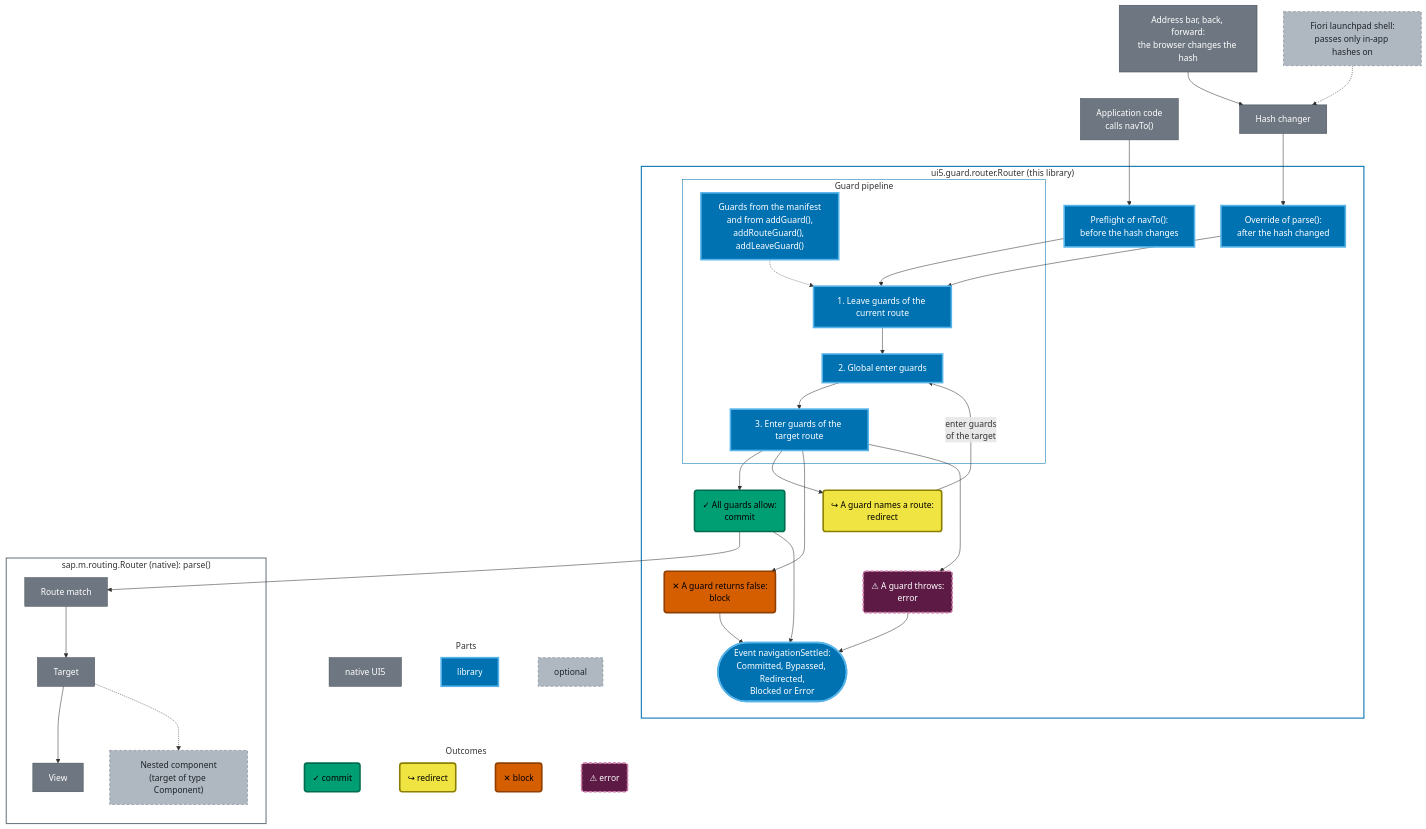
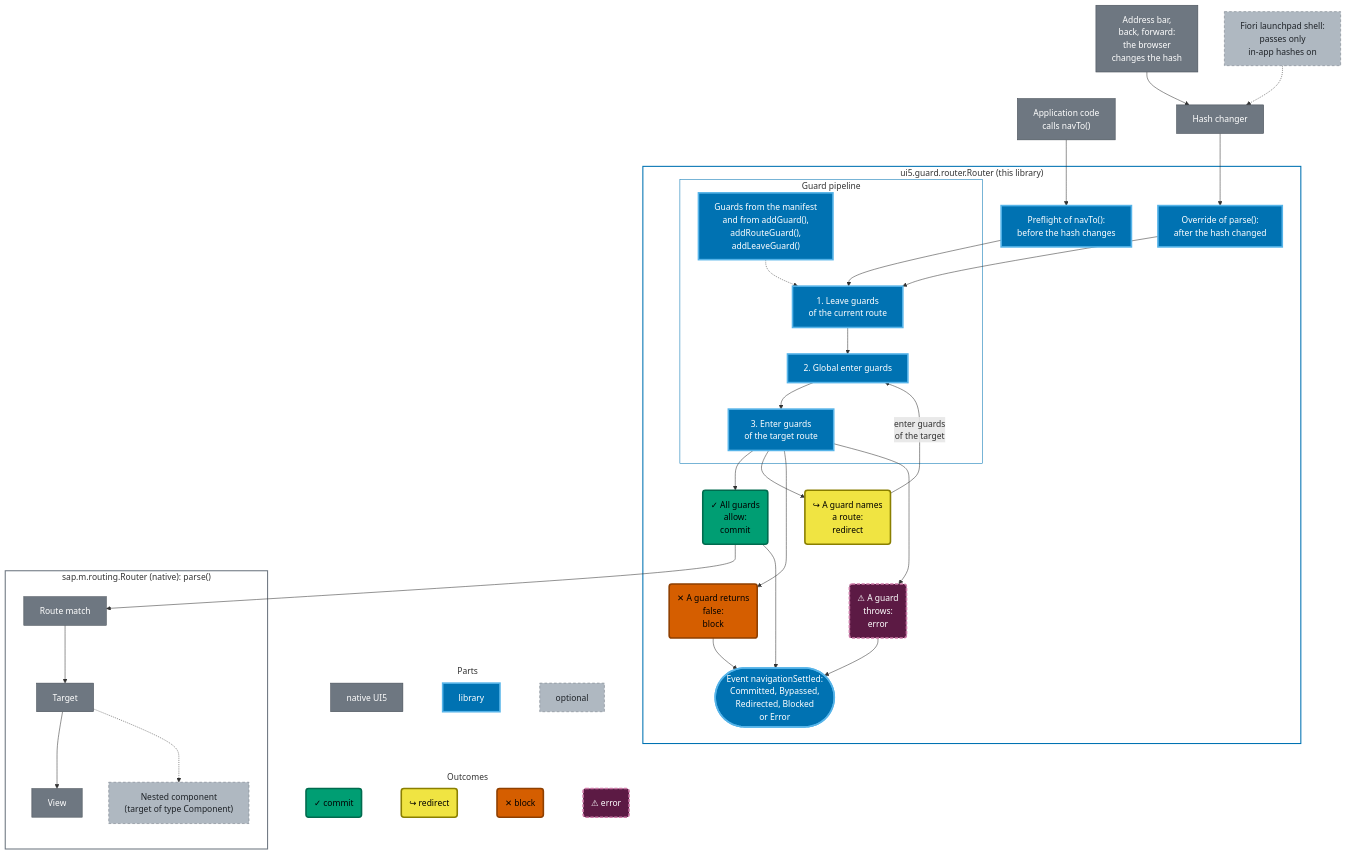
Before and after one commit to wridgeu/ui5-lib-guard-router: the first of 9 diagrams in packages/lib/README.md, drawn with Mermaid. The commit also changed other lines of this file and 12 other files, not shown here.

```diff
--- a/packages/lib/README.md
+++ b/packages/lib/README.md
@@ -167,10 +212,11 @@
 config:
   flowchart:
     minNodeWidth: 60
+    wrappingWidth: 300
 ---
 flowchart TD
-    bar["Address bar, back, forward:<br/>the browser changes the hash"]
-    shell["Fiori launchpad shell:<br/>passes only in-app hashes on"]
+    bar["Address bar,<br/>back, forward:<br/>the browser<br/>changes the hash"]
+    shell["Fiori launchpad shell:<br/>passes only<br/>in-app hashes on"]
     appCode["Application code<br/>calls navTo()"]
     hash["Hash changer"]
 
@@ -178,17 +224,17 @@
         preflight["Preflight of navTo():<br/>before the hash changes"]
         parse["Override of parse():<br/>after the hash changed"]
         subgraph pipeline ["Guard pipeline"]
-            sources["Guards from the manifest<br/>and from addGuard(),<br/>addRouteGuard(), addLeaveGuard()"]
-            leave["1. Leave guards of the current route"]
+            sources["Guards from the manifest<br/>and from addGuard(),<br/>addRouteGuard(),<br/>addLeaveGuard()"]
+            leave["1. Leave guards<br/>of the current route"]
             global["2. Global enter guards"]
-            enter["3. Enter guards of the target route"]
+            enter["3. Enter guards<br/>of the target route"]
             leave --> global --> enter
         end
-        commit("✓ All guards allow:<br/>commit")
-        redirect("↪ A guard names a route:<br/>redirect")
-        block("✕ A guard returns false:<br/>block")
-        error("⚠ A guard throws:<br/>error")
-        settled(["Event navigationSettled:<br/>Committed, Bypassed, Redirected,<br/>Blocked or Error"])
+        commit("✓ All guards<br/>allow:<br/>commit")
+        redirect("↪ A guard names<br/>a route:<br/>redirect")
+        block("✕ A guard returns<br/>false:<br/>block")
+        error("⚠ A guard<br/>throws:<br/>error")
+        settled(["Event navigationSettled:<br/>Committed, Bypassed,<br/>Redirected, Blocked<br/>or Error"])
     end
 
     subgraph native ["sap.m.routing.Router (native): parse()"]
```
